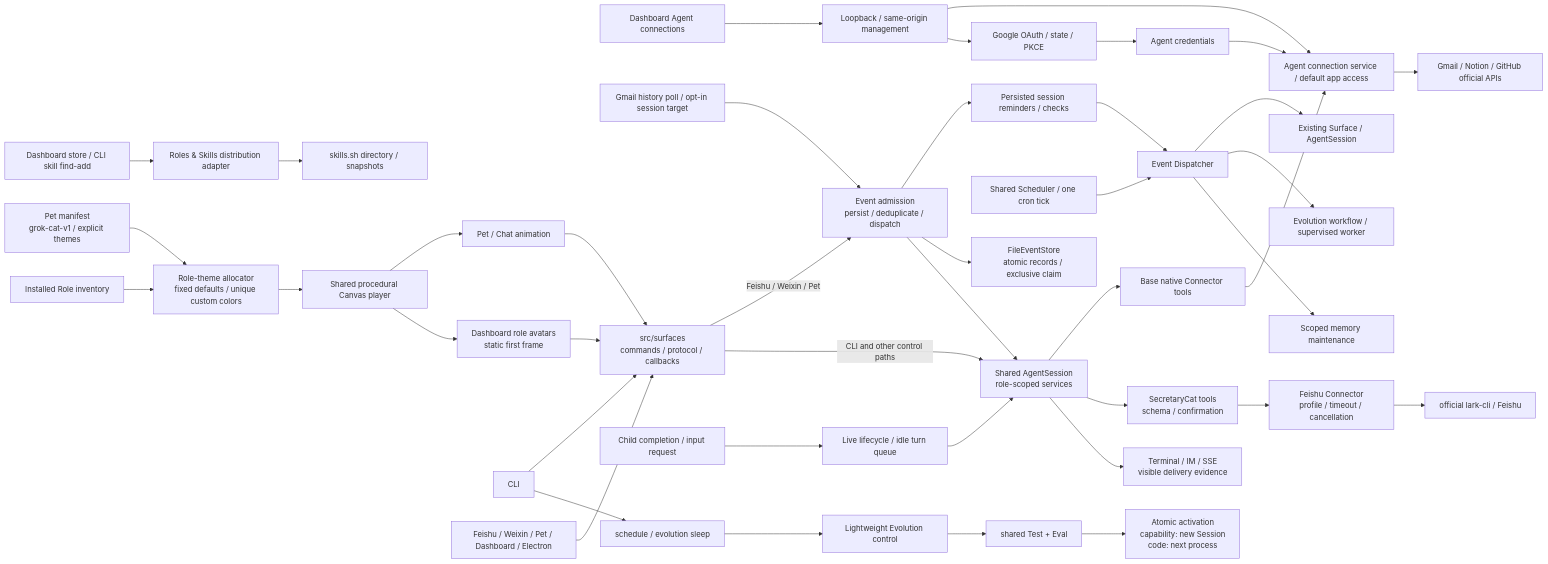
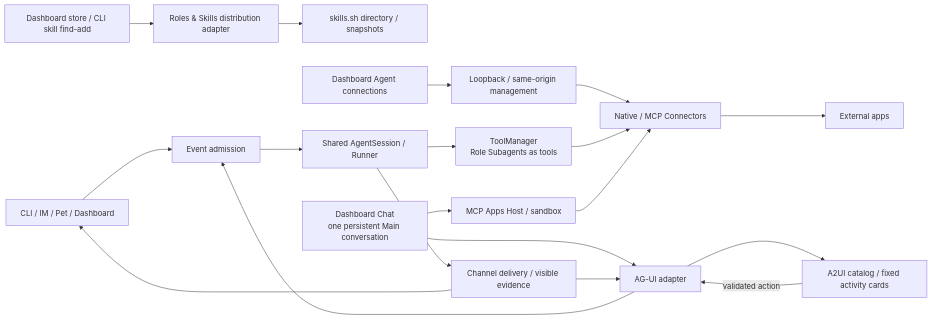
Before and after one commit to fightheyyy/XIAOBA: the first of 2 diagrams in docs/surface/SPEC.md, drawn with Mermaid. The commit also changed other lines of this file and 40 other files, not shown here.

Commit message:
feat: add persistent Main Agent dashboard chat with rich UI

````diff
--- a/docs/surface/SPEC.md
+++ b/docs/surface/SPEC.md
@@ -46,43 +48,21 @@
 ```mermaid
 flowchart LR
     SkillStore["Dashboard store / CLI skill find-add"] --> Distribution["Roles & Skills distribution adapter"]
     Distribution --> SkillsSh["skills.sh directory / snapshots"]
     ConnectorPage["Dashboard Agent connections"] --> LocalAdmin["Loopback / same-origin management"]
-    LocalAdmin --> AppService
-    LocalAdmin --> OAuth["Google OAuth / state / PKCE"]
-    OAuth --> AgentCredentials
-    Session --> NativeTools["Base native Connector tools"]
-    NativeTools --> AppService["Agent connection service / default app access"]
-    AgentCredentials["Agent credentials"] --> AppService
-    GmailHistory["Gmail history poll / opt-in session target"] --> Event
-    Event --> SessionTimer
-    AppService --> AppAPI["Gmail / Notion / GitHub official APIs"]
-    SessionTimer["Persisted session reminders / checks"] --> ScheduledEvents
-    ScheduledEvents --> SessionWake["Existing Surface / AgentSession"]
-    DailyScheduler["Shared Scheduler / one cron tick"] --> ScheduledEvents["Event Dispatcher"]
-    ScheduledEvents --> EvolutionConsumer["Evolution workflow / supervised worker"]
-    ScheduledEvents --> MemoryConsumer["Scoped memory maintenance"]
-    PetAssets["Pet manifest<br/>grok-cat-v1 / explicit themes"] --> ThemeAllocator["Role-theme allocator<br/>fixed defaults / unique custom colors"]
-    RoleInventory["Installed Role inventory"] --> ThemeAllocator
-    ThemeAllocator --> PetPlayer["Shared procedural Canvas player"]
-    PetPlayer --> PetViews["Pet / Chat animation"]
-    PetPlayer --> DashboardAvatars["Dashboard role avatars<br/>static first frame"]
-    PetViews --> Adapters
-    DashboardAvatars --> Adapters
-    CLI["CLI"] --> Adapters["src/surfaces<br/>commands / protocol / callbacks"]
-    Channels["Feishu / Weixin / Pet / Dashboard / Electron"] --> Adapters
-    Adapters -->|Feishu / Weixin / Pet| Event["Event admission<br/>persist / deduplicate / dispatch"]
-    Event --> Store["FileEventStore<br/>atomic records / exclusive claim"]
-    ChildFeedback["Child completion / input request"] --> TurnQueue["Live lifecycle / idle turn queue"]
-    TurnQueue --> Session
-    Event --> Session["Shared AgentSession<br/>role-scoped services"]
-    Adapters -->|CLI and other control paths| Session
-    Session --> Tools["SecretaryCat tools<br/>schema / confirmation"]
-    Tools --> Connector["Feishu Connector<br/>profile / timeout / cancellation"]
-    Connector --> Lark["official lark-cli / Feishu"]
-    Session --> Delivery["Terminal / IM / SSE<br/>visible delivery evidence"]
-    CLI --> Sleep["schedule / evolution sleep"]
-    Sleep --> Control["Lightweight Evolution control"]
-    Control --> TestEval["shared Test + Eval"]
-    TestEval --> Activation["Atomic activation<br/>capability: new Session<br/>code: next process"]
+    LocalAdmin --> Connector
+    Entry["CLI / IM / Pet / Dashboard"] --> Event["Event admission"]
+    Event --> Runtime["Shared AgentSession / Runner"]
+    Chat["Dashboard Chat<br/>one persistent Main conversation"] --> AGUI["AG-UI adapter"]
+    AGUI --> Event
+    Runtime --> Tools["ToolManager<br/>Role Subagents as tools"]
+    Tools --> Connector["Native / MCP Connectors"]
+    Connector --> Apps["External apps"]
+    Runtime --> Delivery["Channel delivery / visible evidence"]
+    Delivery --> AGUI
+    AGUI --> UI["A2UI catalog / fixed activity cards"]
+    UI -->|validated action| AGUI
+    Chat --> Host["MCP Apps Host / sandbox"]
+    Host --> Connector
+    Delivery --> Entry
 ```
````
